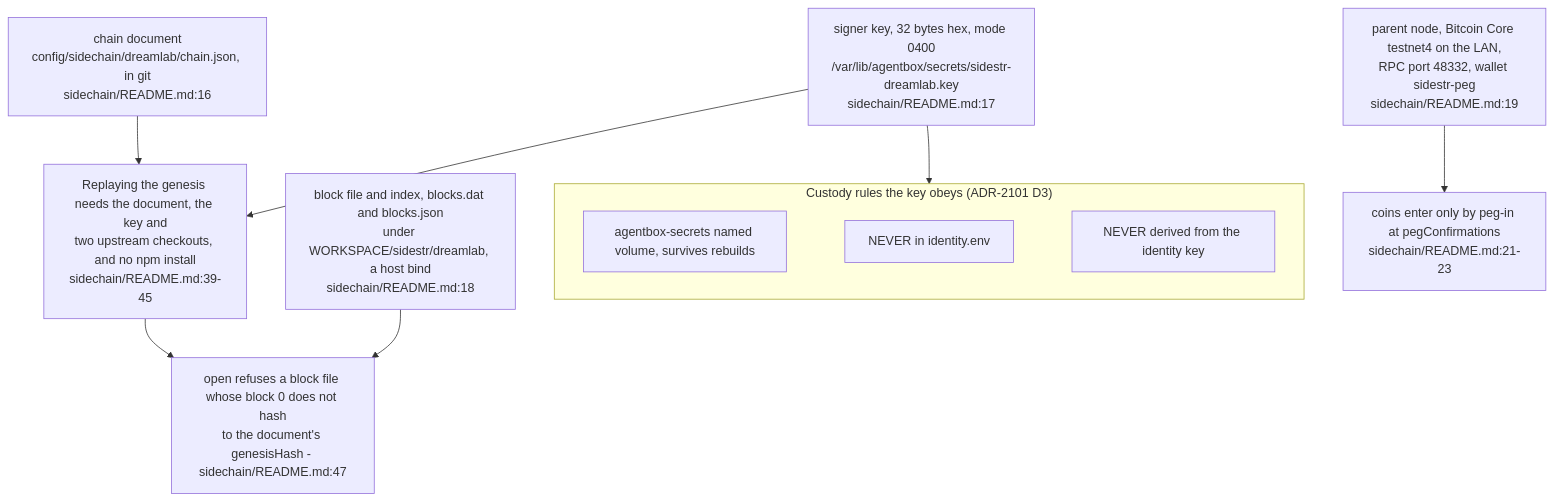
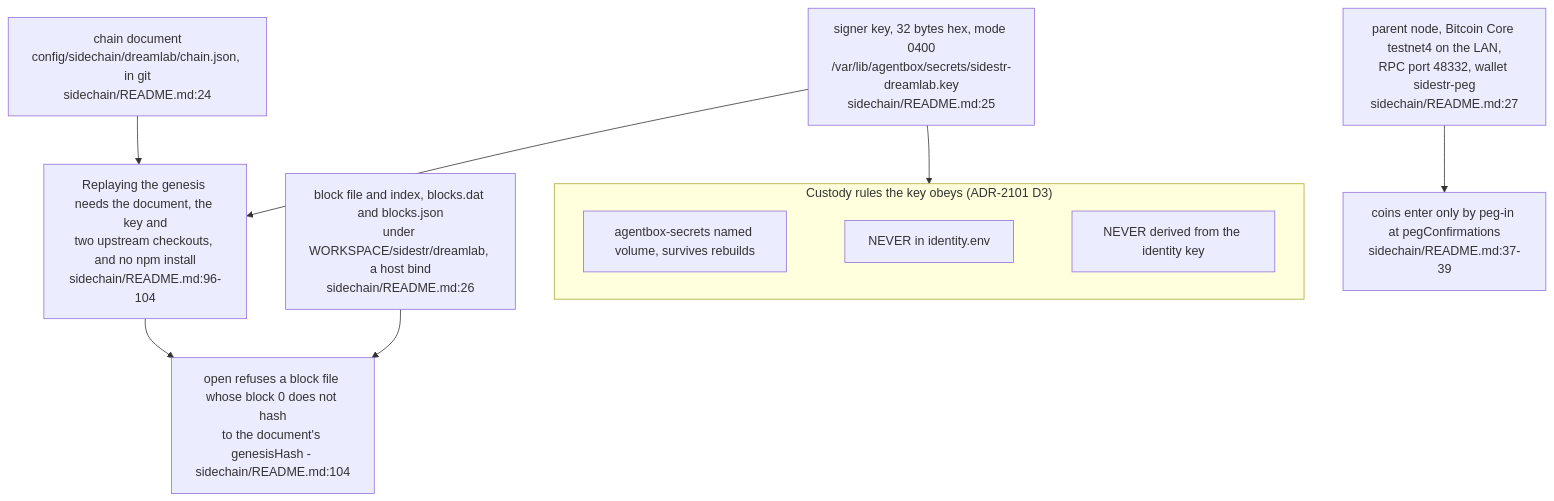
The fourth of 5 diagrams in docs/diagrams/agentbox/32-sidechain-root-seal.md (DreamLab-AI/VisionFlow), drawn with Mermaid before and after one commit. The commit also changed other lines of this file and 111 other files, not shown here.

Commit message:
docs(diagrams): align estate maps with current source

````diff
--- a/docs/diagrams/agentbox/32-sidechain-root-seal.md
+++ b/docs/diagrams/agentbox/32-sidechain-root-seal.md
@@ -140,19 +143,19 @@
 ```mermaid
 flowchart TB
-    DOCF["chain document<br/>config/sidechain/dreamlab/chain.json, in git<br/>sidechain/README.md:16"]
-    KEY["signer key, 32 bytes hex, mode 0400<br/>/var/lib/agentbox/secrets/sidestr-dreamlab.key<br/>sidechain/README.md:17"]
-    BLK["block file and index, blocks.dat and blocks.json<br/>under WORKSPACE/sidestr/dreamlab, a host bind<br/>sidechain/README.md:18"]
-    NODE["parent node, Bitcoin Core testnet4 on the LAN,<br/>RPC port 48332, wallet sidestr-peg<br/>sidechain/README.md:19"]
+    DOCF["chain document<br/>config/sidechain/dreamlab/chain.json, in git<br/>sidechain/README.md:24"]
+    KEY["signer key, 32 bytes hex, mode 0400<br/>/var/lib/agentbox/secrets/sidestr-dreamlab.key<br/>sidechain/README.md:25"]
+    BLK["block file and index, blocks.dat and blocks.json<br/>under WORKSPACE/sidestr/dreamlab, a host bind<br/>sidechain/README.md:26"]
+    NODE["parent node, Bitcoin Core testnet4 on the LAN,<br/>RPC port 48332, wallet sidestr-peg<br/>sidechain/README.md:27"]
     subgraph custody["Custody rules the key obeys (ADR-2101 D3)"]
         K1["agentbox-secrets named volume, survives rebuilds"]
         K2["NEVER in identity.env"]
         K3["NEVER derived from the identity key"]
         K1 ~~~ K2 ~~~ K3
     end
     KEY --> custody
-    DOCF --> REPLAY["Replaying the genesis needs the document, the key and<br/>two upstream checkouts, and no npm install<br/>sidechain/README.md:39-45"]
+    DOCF --> REPLAY["Replaying the genesis needs the document, the key and<br/>two upstream checkouts, and no npm install<br/>sidechain/README.md:96-104"]
     KEY --> REPLAY
-    REPLAY --> OPEN["open refuses a block file whose block 0 does not hash<br/>to the document's genesisHash - sidechain/README.md:47"]
+    REPLAY --> OPEN["open refuses a block file whose block 0 does not hash<br/>to the document's genesisHash - sidechain/README.md:104"]
     BLK --> OPEN
-    NODE --> PEG["coins enter only by peg-in at pegConfirmations<br/>sidechain/README.md:21-23"]
+    NODE --> PEG["coins enter only by peg-in at pegConfirmations<br/>sidechain/README.md:37-39"]
 ```
````
